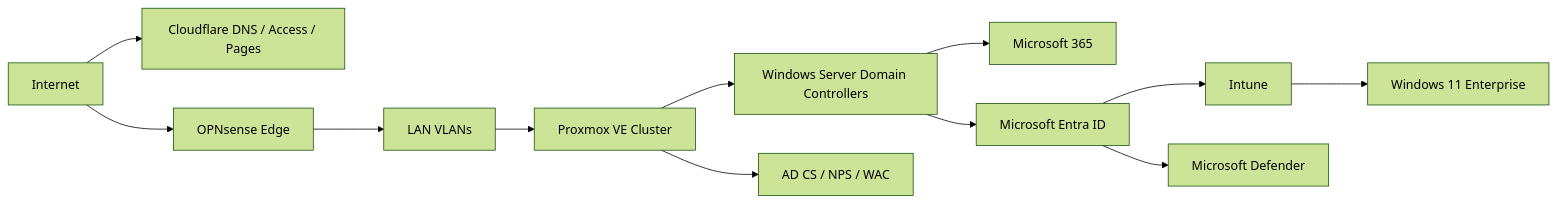
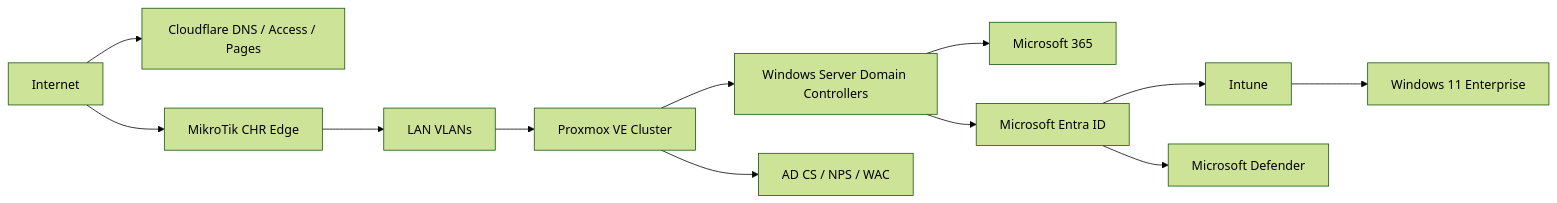
Before and after one commit to gntech-dev/geil-enterprise-docs: the diagram in docs/architecture/reference-architecture.md, drawn with Mermaid (forest theme). The commit also changed other lines of this file and 37 other files, not shown here.

````diff
--- a/docs/architecture/reference-architecture.md
+++ b/docs/architecture/reference-architecture.md
@@ -32,14 +32,14 @@
 ```mermaid
 flowchart LR
     Internet --> CF[Cloudflare DNS / Access / Pages]
-    Internet --> FW[OPNsense Edge]
+    Internet --> FW[MikroTik CHR Edge]
     FW --> VLANs[LAN VLANs]
     VLANs --> PVE[Proxmox VE Cluster]
     PVE --> DC[Windows Server Domain Controllers]
     PVE --> PKI[AD CS / NPS / WAC]
     DC --> M365[Microsoft 365]
     DC --> ENTRA[Microsoft Entra ID]
     ENTRA --> INTUNE[Intune]
     INTUNE --> WIN11[Windows 11 Enterprise]
     ENTRA --> DEF[Microsoft Defender]
 ```
````
